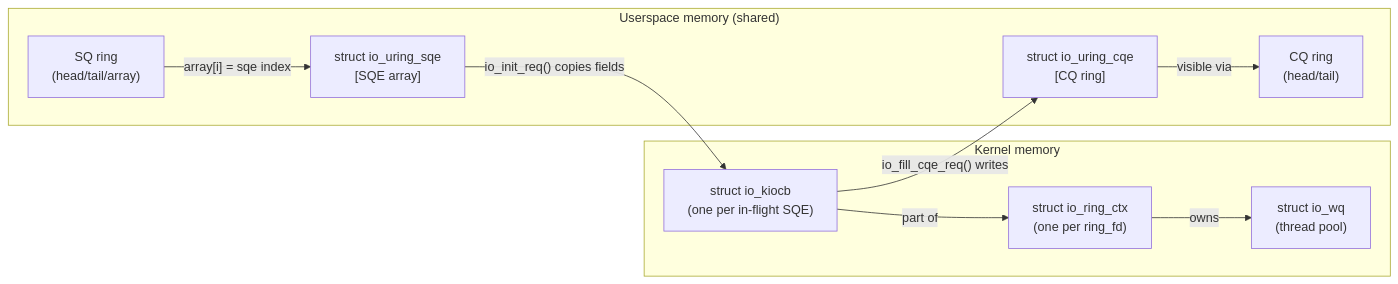
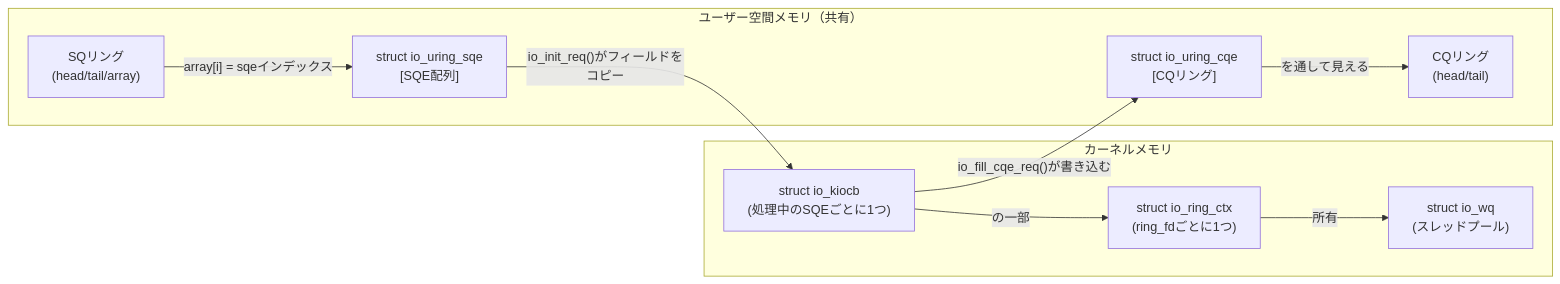
One commit to doguto/linux-kernel-internals-jp changed the fourth of 4 diagrams in docs/io-uring/life-of-request.md. Above: the diagram before and after it, drawn with Mermaid. The commit also changed other lines of this file and 1 other file, not shown here.

First line of the commit message:
Translate io-uring

````diff
--- a/docs/io-uring/life-of-request.md
+++ b/docs/io-uring/life-of-request.md
@@ -759,22 +759,22 @@
 ```mermaid
 flowchart LR
-    subgraph userspace["Userspace memory (shared)"]
-        SQE["struct io_uring_sqe\n[SQE array]"]
-        CQE["struct io_uring_cqe\n[CQ ring]"]
-        SQR["SQ ring\n(head/tail/array)"]
-        CQR["CQ ring\n(head/tail)"]
+    subgraph userspace["ユーザー空間メモリ（共有）"]
+        SQE["struct io_uring_sqe\n[SQE配列]"]
+        CQE["struct io_uring_cqe\n[CQリング]"]
+        SQR["SQリング\n(head/tail/array)"]
+        CQR["CQリング\n(head/tail)"]
     end
 
-    subgraph kernel["Kernel memory"]
-        CTX["struct io_ring_ctx\n(one per ring_fd)"]
-        REQ["struct io_kiocb\n(one per in-flight SQE)"]
-        WQ["struct io_wq\n(thread pool)"]
+    subgraph kernel["カーネルメモリ"]
+        CTX["struct io_ring_ctx\n(ring_fdごとに1つ)"]
+        REQ["struct io_kiocb\n(処理中のSQEごとに1つ)"]
+        WQ["struct io_wq\n(スレッドプール)"]
     end
 
-    SQR -->|"array[i] = sqe index"| SQE
-    SQE -->|"io_init_req() copies fields"| REQ
-    REQ -->|"part of"| CTX
-    CTX -->|"owns"| WQ
-    REQ -->|"io_fill_cqe_req() writes"| CQE
-    CQE -->|"visible via"| CQR
+    SQR -->|"array[i] = sqeインデックス"| SQE
+    SQE -->|"io_init_req()がフィールドをコピー"| REQ
+    REQ -->|"の一部"| CTX
+    CTX -->|"所有"| WQ
+    REQ -->|"io_fill_cqe_req()が書き込む"| CQE
+    CQE -->|"を通して見える"| CQR
 ```
````
